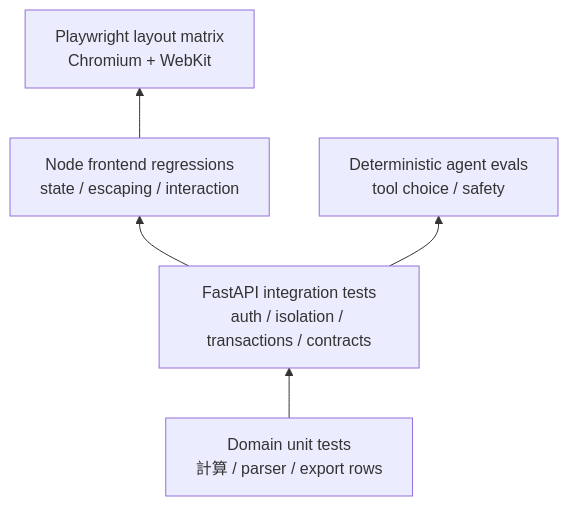
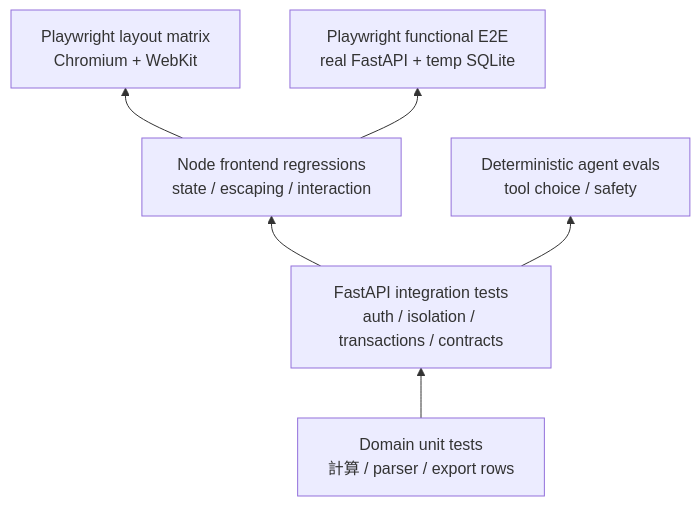
The first of 2 diagrams in docs/testing-strategy.md (Teng91/running-shoes), drawn with Mermaid before and after one commit. The commit also changed other lines of this file and 31 other files, not shown here.

````diff
--- a/docs/testing-strategy.md
+++ b/docs/testing-strategy.md
@@ -15,13 +15,15 @@
 ```mermaid
 flowchart BT
     Unit[Domain unit tests<br/>計算 / parser / export rows]
     API[FastAPI integration tests<br/>auth / isolation / transactions / contracts]
     Frontend[Node frontend regressions<br/>state / escaping / interaction]
     Layout[Playwright layout matrix<br/>Chromium + WebKit]
+    E2E[Playwright functional E2E<br/>real FastAPI + temp SQLite]
     Evals[Deterministic agent evals<br/>tool choice / safety]
 
     Unit --> API
     API --> Frontend
     Frontend --> Layout
+    Frontend --> E2E
     API --> Evals
 ```
````
